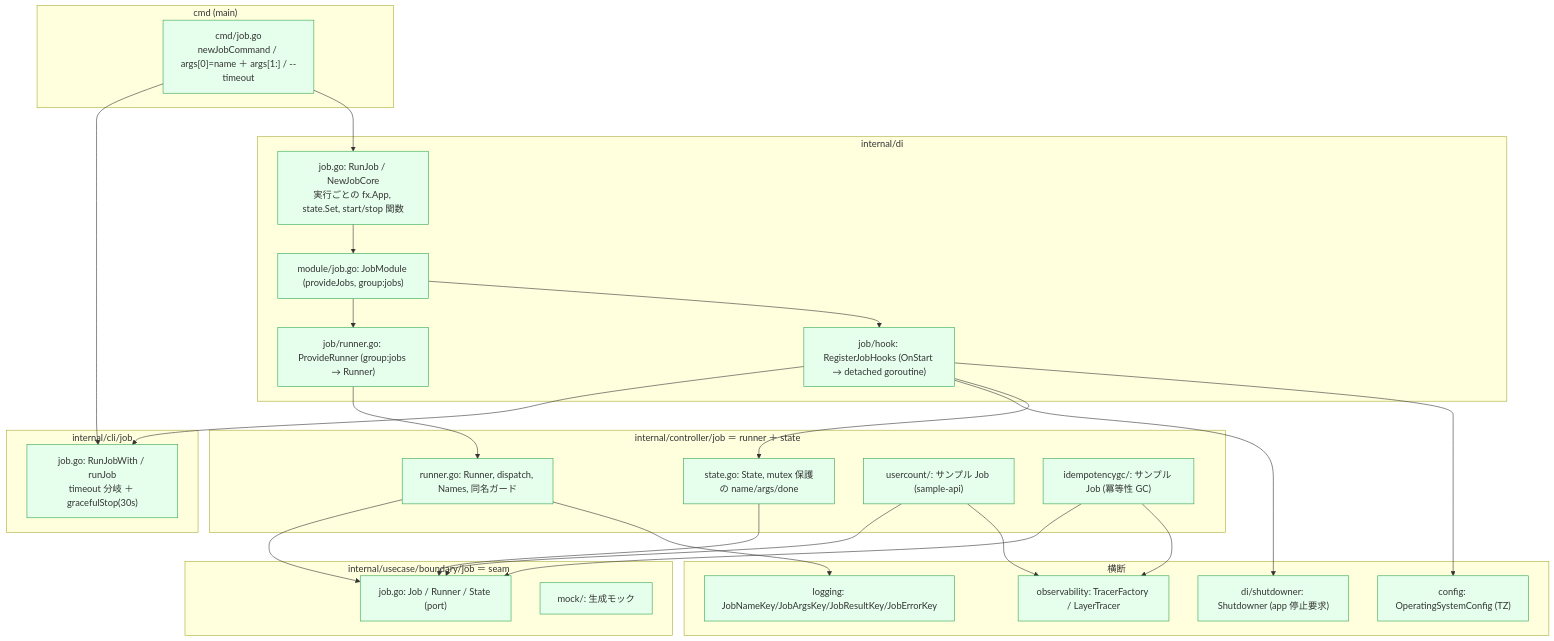
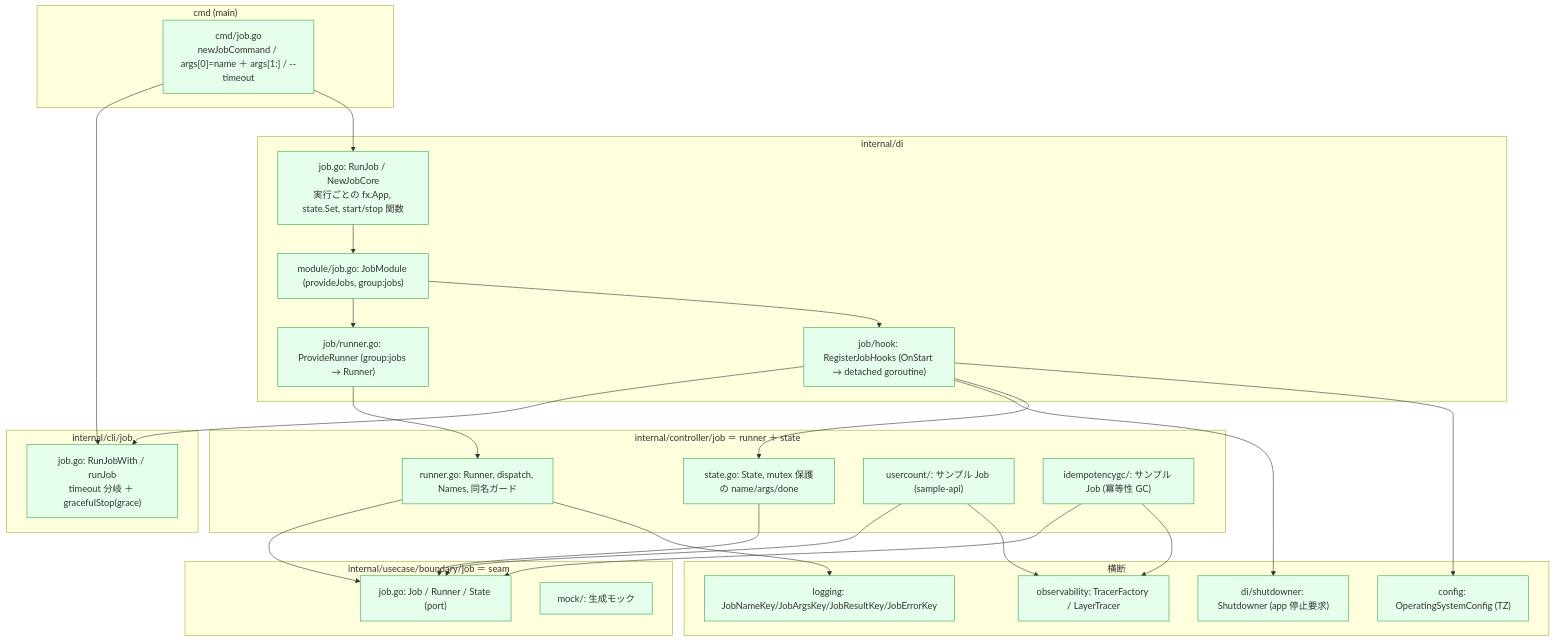
The fourth of 6 diagrams in docs/ja/design/job.ja.md (Tomy-ch/go-boilerplate), drawn with Mermaid before and after one commit. The commit also changed other lines of this file and 21 other files, not shown here.

````diff
--- a/docs/ja/design/job.ja.md
+++ b/docs/ja/design/job.ja.md
@@ -94,52 +94,52 @@
 ```mermaid
 flowchart TD
     subgraph cmdL["cmd (main)"]
         CMD["cmd/job.go<br/>newJobCommand / args[0]=name ＋ args[1:] / --timeout"]
     end
     subgraph cliL["internal/cli/job"]
-        CLI["job.go: RunJobWith / runJob<br/>timeout 分岐 ＋ gracefulStop(30s)"]
+        CLI["job.go: RunJobWith / runJob<br/>timeout 分岐 ＋ gracefulStop(grace)"]
     end
     subgraph diL["internal/di"]
         DIJ["job.go: RunJob / NewJobCore<br/>実行ごとの fx.App, state.Set, start/stop 関数"]
         DIR["job/runner.go: ProvideRunner (group:jobs → Runner)"]
         DIH["job/hook: RegisterJobHooks (OnStart → detached goroutine)"]
         DIM["module/job.go: JobModule (provideJobs, group:jobs)"]
     end
     subgraph ctrlL["internal/controller/job  ＝ runner ＋ state"]
         RUN["runner.go: Runner, dispatch, Names, 同名ガード"]
         STATE["state.go: State, mutex 保護の name/args/done"]
         UC["usercount/: サンプル Job (sample-api)"]
         GC["idempotencygc/: サンプル Job (冪等性 GC)"]
     end
     subgraph seamL["internal/usecase/boundary/job  ＝ seam"]
         PORT["job.go: Job / Runner / State (port)"]
         MOCK["mock/: 生成モック"]
     end
     subgraph crossL["横断"]
         SD["di/shutdowner: Shutdowner (app 停止要求)"]
         CFG["config: OperatingSystemConfig (TZ)"]
         LOG["logging: JobNameKey/JobArgsKey/JobResultKey/JobErrorKey"]
         OTEL["observability: TracerFactory / LayerTracer"]
     end
 
     CMD --> CLI
     CMD --> DIJ
     DIJ --> DIM
     DIM --> DIR
     DIM --> DIH
     DIH --> CLI
     DIR --> RUN
     RUN --> PORT
     STATE --> PORT
     UC --> PORT
     GC --> PORT
     DIH --> SD
     DIH --> STATE
     RUN --> LOG
     UC --> OTEL
     GC --> OTEL
     DIH --> CFG
 
     classDef done fill:#e6ffed,stroke:#2da44e;
     class CMD,CLI,DIJ,DIR,DIH,DIM,RUN,STATE,UC,GC,PORT,MOCK,SD,CFG,LOG,OTEL done;
 ```
````
